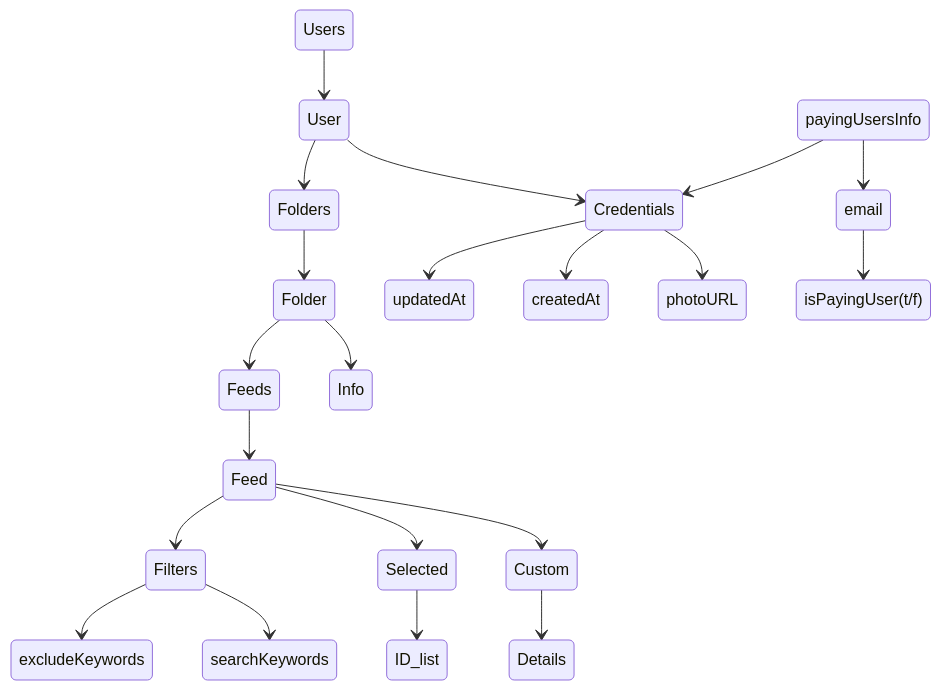
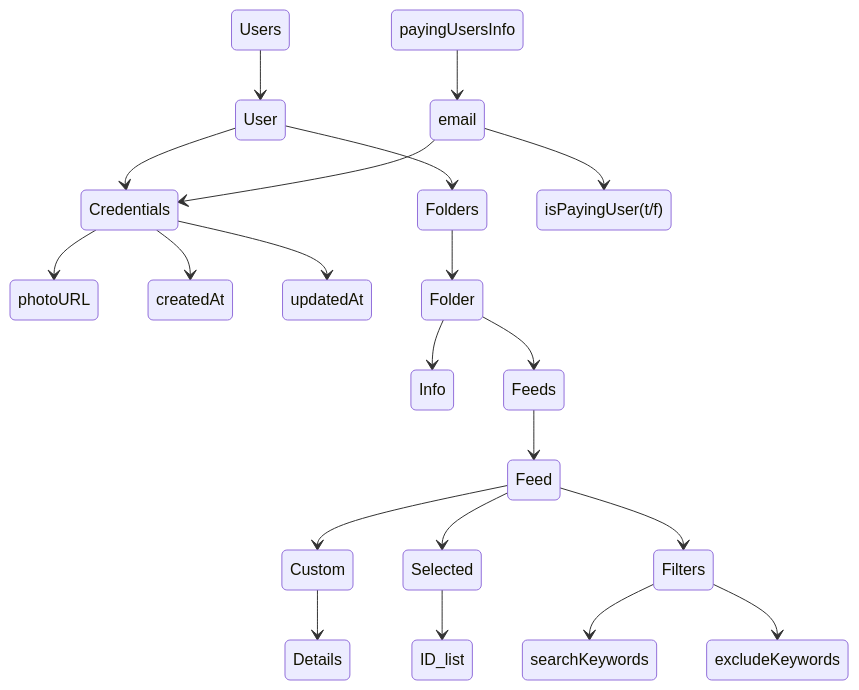
The first of 2 diagrams in README.md (Sharpness-B/live-news-feed), drawn with Mermaid before and after one commit.

````diff
--- a/README.md
+++ b/README.md
@@ -12,23 +12,23 @@
   ```mermaid
   stateDiagram
   Users --> User
   User --> Credentials
   Credentials --> photoURL
   Credentials --> createdAt
   Credentials --> updatedAt
   User --> Folders
   Folders --> Folder
   Folder --> Info
   Folder --> Feeds
   Feeds --> Feed
   Feed --> Custom
   Custom --> Details
   Feed --> Selected
   Selected --> ID_list
   Feed --> Filters
   Filters --> searchKeywords
   Filters --> excludeKeywords
   payingUsersInfo --> email
-  payingUsersInfo --> Credentials
+  email --> Credentials
   email --> isPayingUser(t/f)
   ```
````
